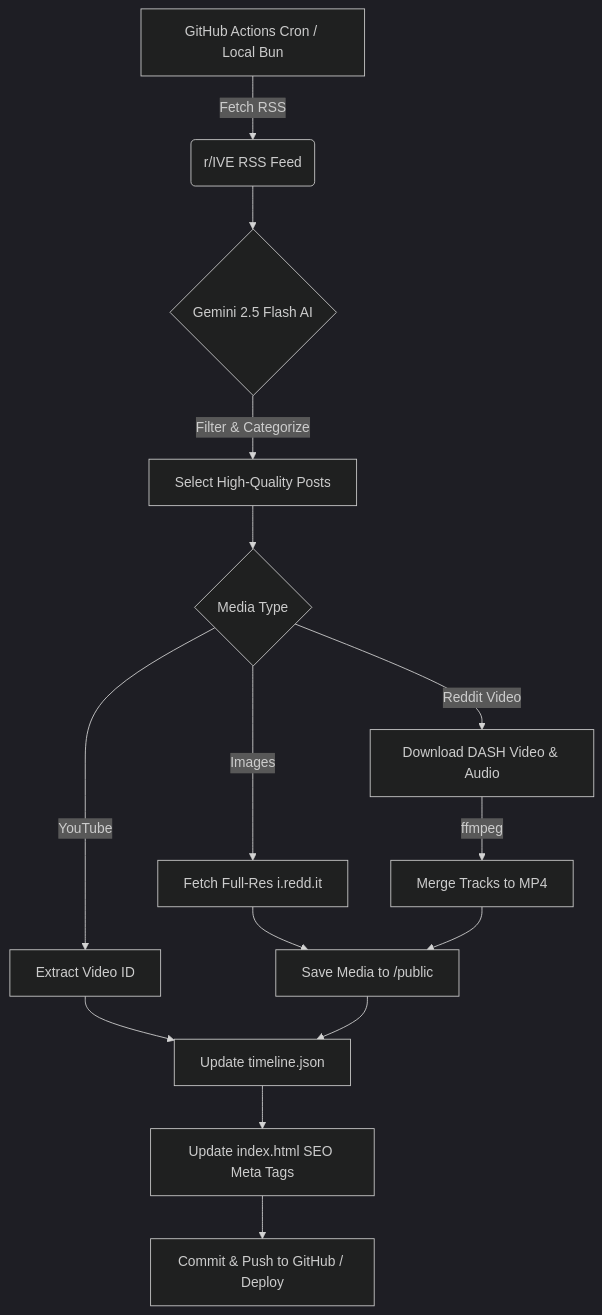
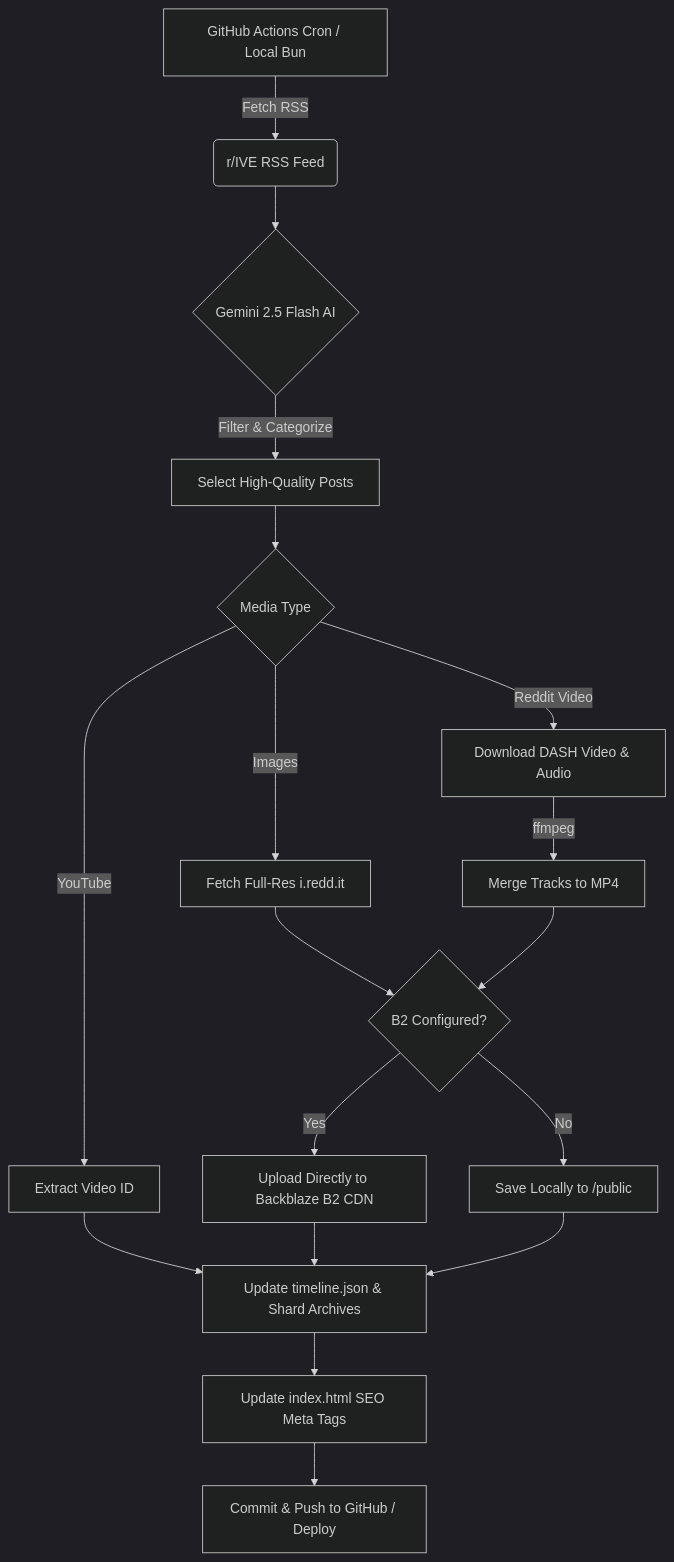
Before and after one commit to azshen23/divewithive: the diagram in README.md, drawn with Mermaid (dark theme). The commit also changed other lines of this file, not shown here.

````diff
--- a/README.md
+++ b/README.md
@@ -37,17 +43,20 @@
 ```mermaid
 graph TD
     A[GitHub Actions Cron / Local Bun] -->|Fetch RSS| B(r/IVE RSS Feed)
     B --> C{Gemini 2.5 Flash AI}
     C -->|Filter & Categorize| D[Select High-Quality Posts]
     D --> E{Media Type}
     E -->|Images| F[Fetch Full-Res i.redd.it]
     E -->|Reddit Video| G[Download DASH Video & Audio]
     G -->|ffmpeg| H[Merge Tracks to MP4]
     E -->|YouTube| I[Extract Video ID]
-    F --> J[Save Media to /public]
+    F --> J{B2 Configured?}
     H --> J
-    I --> K[Update timeline.json]
-    J --> K
-    K --> L[Update index.html SEO Meta Tags]
-    L --> M[Commit & Push to GitHub / Deploy]
+    J -->|Yes| K[Upload Directly to Backblaze B2 CDN]
+    J -->|No| L[Save Locally to /public]
+    I --> M[Update timeline.json & Shard Archives]
+    K --> M
+    L --> M
+    M --> N[Update index.html SEO Meta Tags]
+    N --> O[Commit & Push to GitHub / Deploy]
 ```
````
